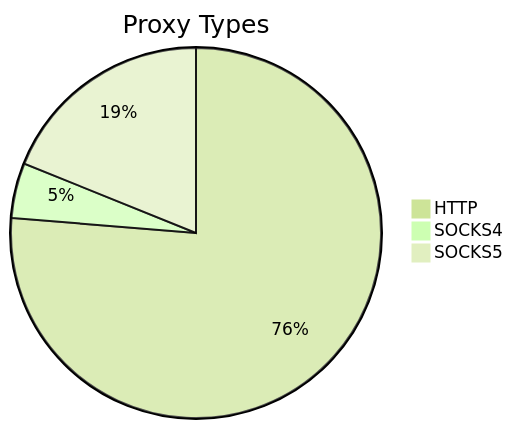
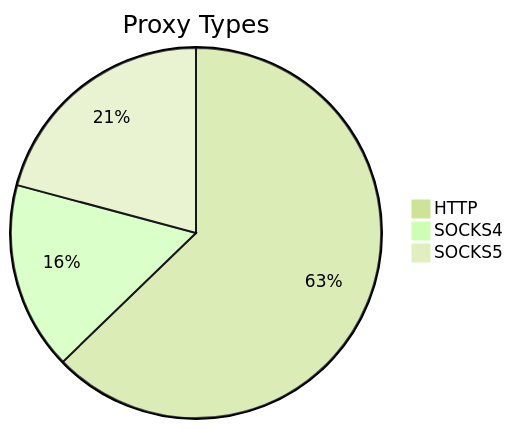
The first of 2 diagrams in README.md (stormsia/proxy-list), drawn with Mermaid (forest theme) before and after one commit. The commit also changed other lines of this file, not shown here.

````diff
--- a/README.md
+++ b/README.md
@@ -21,6 +21,6 @@
 ```mermaid
 pie title Proxy Types
-    "HTTP" : 206
-    "SOCKS4" : 13
-    "SOCKS5" : 51
+    "HTTP" : 482
+    "SOCKS4" : 126
+    "SOCKS5" : 160
 ```
````
